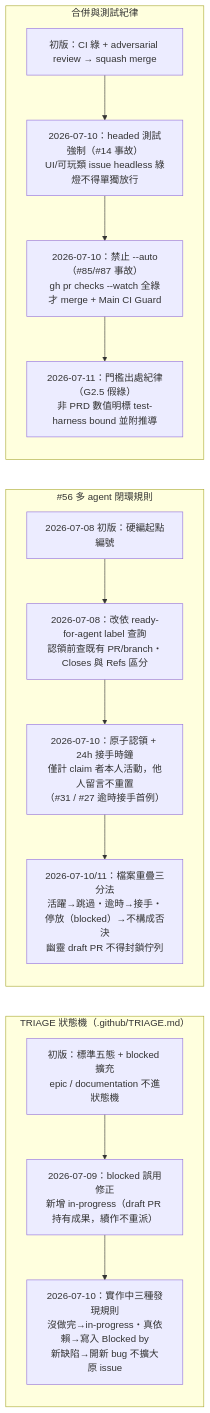
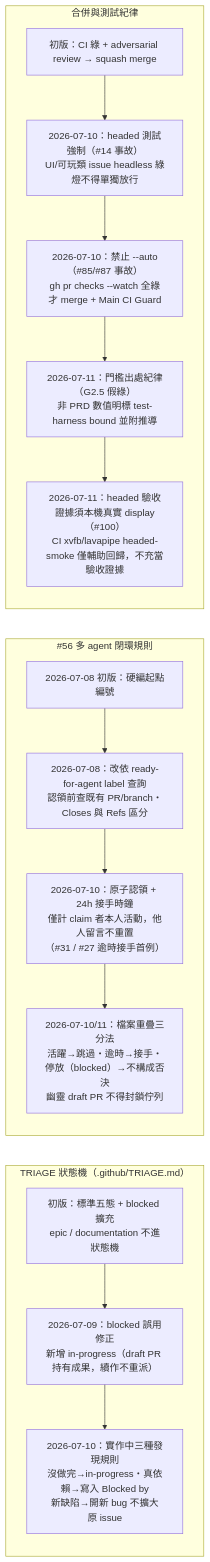
One commit to KarlSideProjects/AeroSim changed the second of 2 diagrams in docs/development-decision-flow.md. Above: the diagram before and after it, drawn with Mermaid. The commit also changed other lines of this file, not shown here.

First line of the commit message:
docs: [docs-ai] 補 Linux 實測主車道決策節點與 headed 真實 display 收緊

````diff
--- a/docs/development-decision-flow.md
+++ b/docs/development-decision-flow.md
@@ -191,28 +207,29 @@
 ```mermaid
 flowchart LR
     subgraph TR["TRIAGE 狀態機（.github/TRIAGE.md）"]
         direction TB
         TR1["初版：標準五態 + blocked 擴充<br/>epic / documentation 不進狀態機"]
         TR2["2026-07-09：blocked 誤用修正<br/>新增 in-progress（draft PR 持有成果，續作不重派）"]
         TR3["2026-07-10：實作中三種發現規則<br/>沒做完→in-progress・真依賴→寫入 Blocked by<br/>新缺陷→開新 bug 不擴大原 issue"]
         TR1 --> TR2 --> TR3
     end
 
     subgraph AG["#56 多 agent 閉環規則"]
         direction TB
         AG1["2026-07-08 初版：硬編起點編號"]
         AG2["2026-07-08：改依 ready-for-agent label 查詢<br/>認領前查既有 PR/branch・Closes 與 Refs 區分"]
         AG3["2026-07-10：原子認領 + 24h 接手時鐘<br/>僅計 claim 者本人活動，他人留言不重置<br/>（#31 / #27 逾時接手首例）"]
         AG4["2026-07-10/11：檔案重疊三分法<br/>活躍→跳過・逾時→接手・停放（blocked）→不構成否決<br/>幽靈 draft PR 不得封鎖佇列"]
         AG1 --> AG2 --> AG3 --> AG4
     end
 
     subgraph CI["合併與測試紀律"]
         direction TB
         CI1["初版：CI 綠 + adversarial review → squash merge"]
         CI2["2026-07-10：headed 測試強制（#14 事故）<br/>UI/可玩類 issue headless 綠燈不得單獨放行"]
         CI3["2026-07-10：禁止 --auto（#85/#87 事故）<br/>gh pr checks --watch 全綠才 merge + Main CI Guard"]
         CI4["2026-07-11：門檻出處紀律（G2.5 假綠）<br/>非 PRD 數值明標 test-harness bound 並附推導"]
-        CI1 --> CI2 --> CI3 --> CI4
+        CI5["2026-07-11：headed 驗收證據須本機真實 display（#100）<br/>CI xvfb/lavapipe headed-smoke 僅輔助回歸，不充當驗收證據"]
+        CI1 --> CI2 --> CI3 --> CI4 --> CI5
     end
 ```
````
